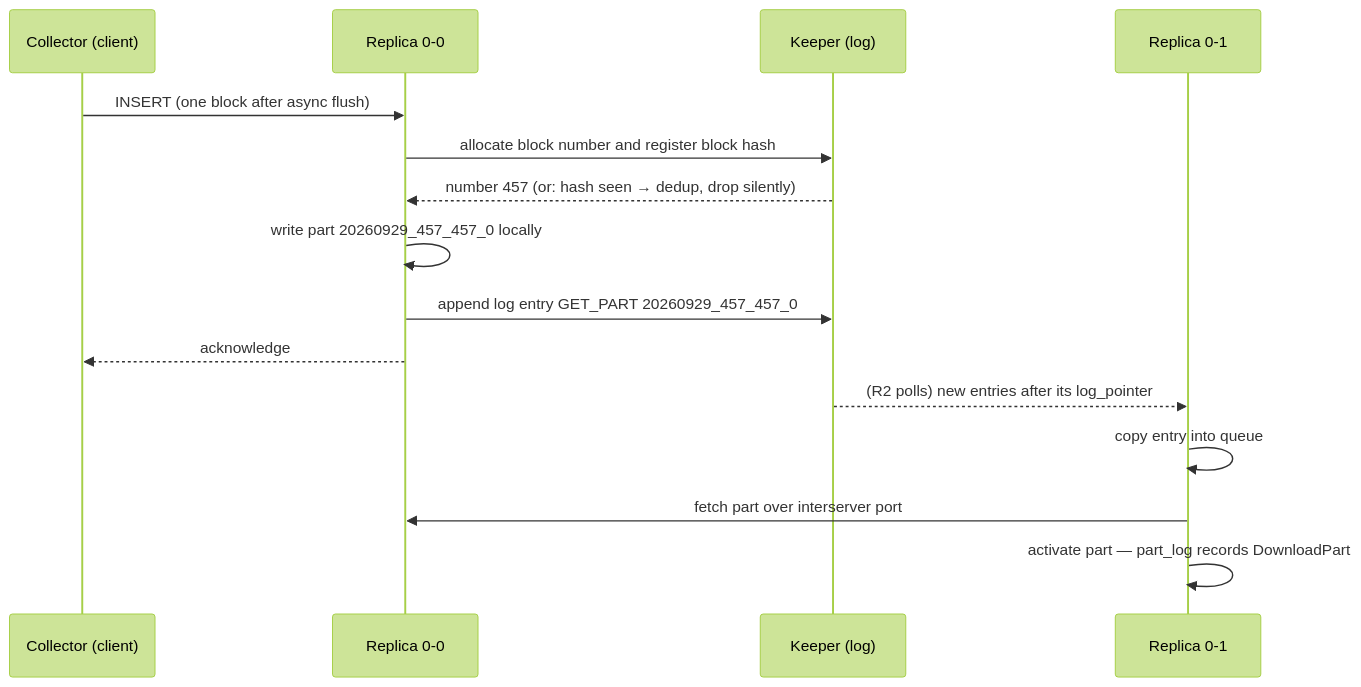
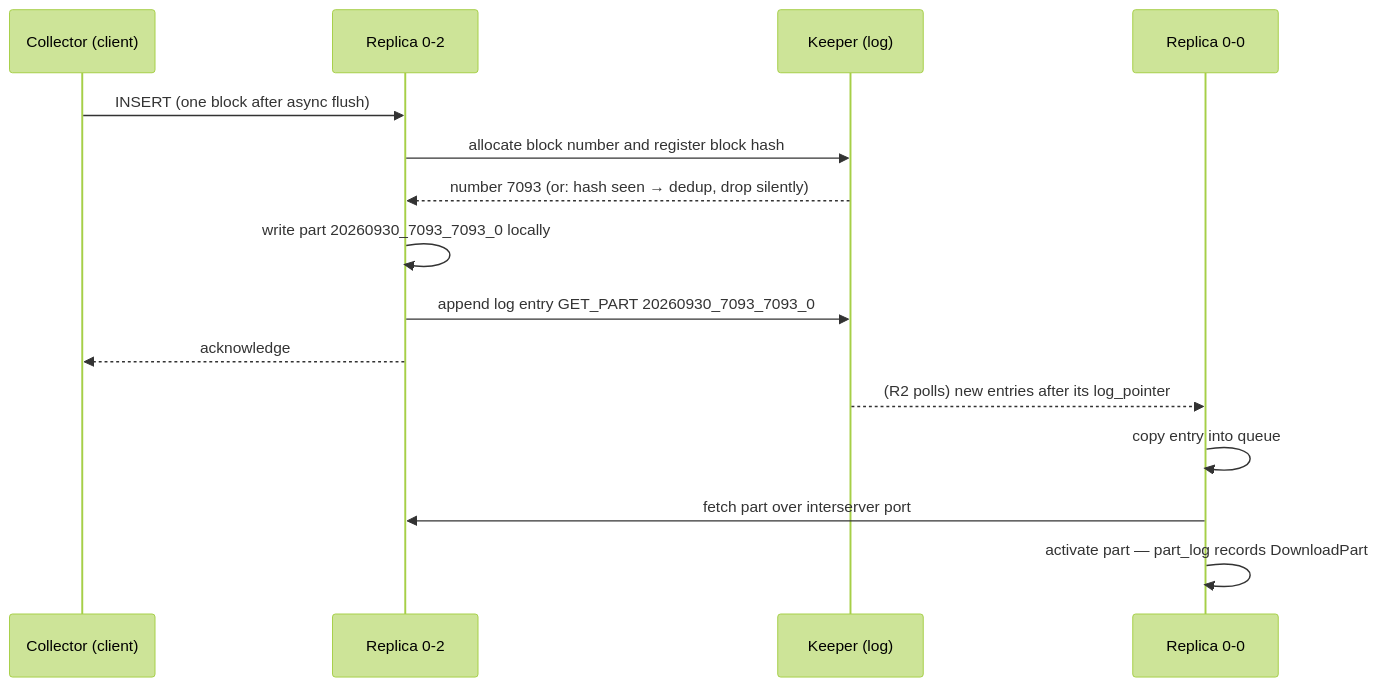
The diagram in docs/observability/clickhouse/internals/05-replication.md (duynhlab/homelab), drawn with Mermaid (forest theme) before and after one commit. The commit also changed other lines of this file and 18 other files, not shown here.

````diff
--- a/docs/observability/clickhouse/internals/05-replication.md
+++ b/docs/observability/clickhouse/internals/05-replication.md
@@ -93,18 +93,18 @@
 ```mermaid
 sequenceDiagram
     participant C as Collector (client)
-    participant R1 as Replica 0-0
+    participant R1 as Replica 0-2
     participant K as Keeper (log)
-    participant R2 as Replica 0-1
+    participant R2 as Replica 0-0
 
     C->>R1: INSERT (one block after async flush)
     R1->>K: allocate block number and register block hash
-    K-->>R1: number 457 (or: hash seen → dedup, drop silently)
-    R1->>R1: write part 20260929_457_457_0 locally
-    R1->>K: append log entry GET_PART 20260929_457_457_0
+    K-->>R1: number 7093 (or: hash seen → dedup, drop silently)
+    R1->>R1: write part 20260930_7093_7093_0 locally
+    R1->>K: append log entry GET_PART 20260930_7093_7093_0
     R1-->>C: acknowledge
     K-->>R2: (R2 polls) new entries after its log_pointer
     R2->>R2: copy entry into queue
     R2->>R1: fetch part over interserver port
     R2->>R2: activate part — part_log records DownloadPart
 ```
````
